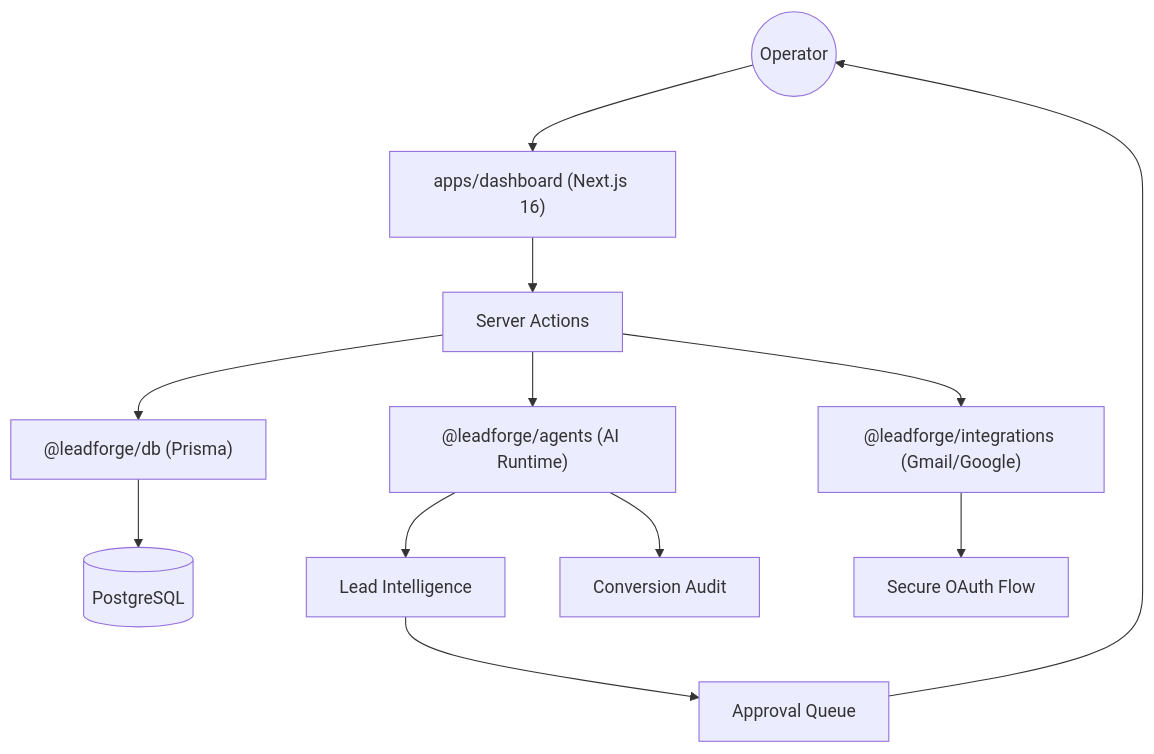
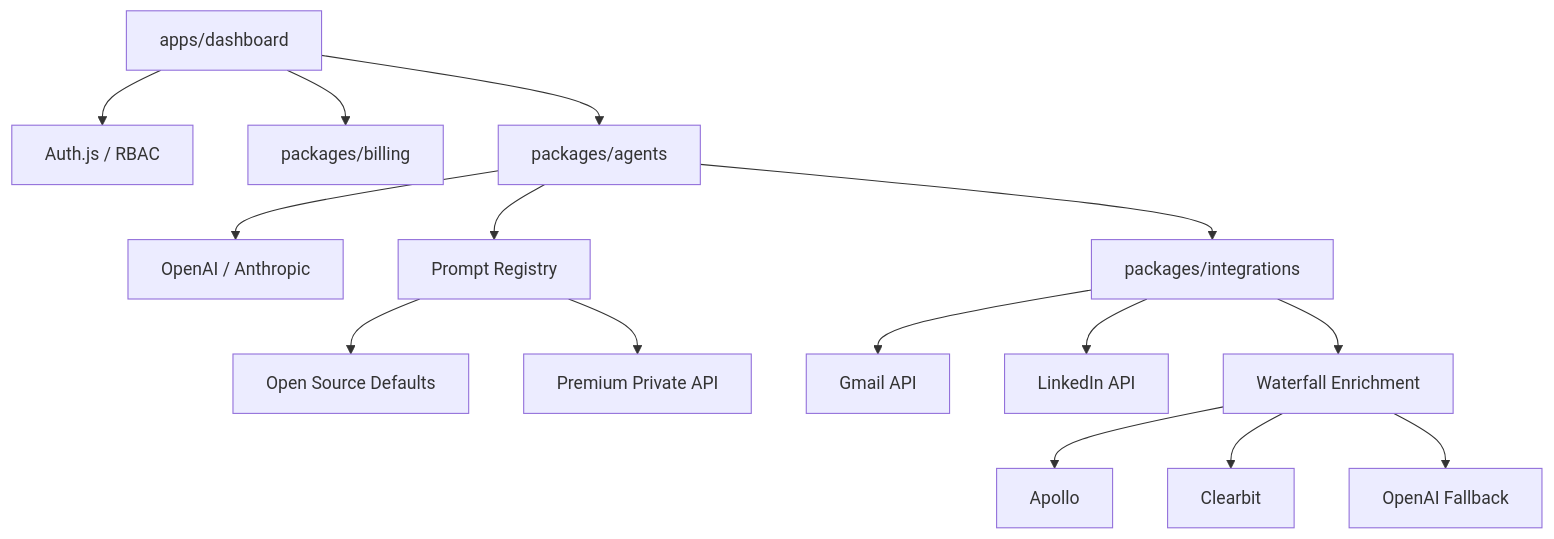
The first of 2 diagrams in README.md (karandangi123/leadforge-ai), drawn with Mermaid before and after one commit. The commit also changed other lines of this file and 11 other files, not shown here.

````diff
--- a/README.md
+++ b/README.md
@@ -31,14 +11,22 @@
 ```mermaid
 graph TD
-    Operator((Operator)) --> Dashboard["apps/dashboard (Next.js 16)"]
-    Dashboard --> Actions[Server Actions]
-    Actions --> DB["@leadforge/db (Prisma)"]
-    Actions --> Agents["@leadforge/agents (AI Runtime)"]
-    Actions --> Integrations["@leadforge/integrations (Gmail/Google)"]
-    DB --> Postgres[(PostgreSQL)]
-    Agents --> Research[Lead Intelligence]
-    Agents --> Audit[Conversion Audit]
-    Integrations --> Google[Secure OAuth Flow]
-    Research --> Queue[Approval Queue]
-    Queue --> Operator
+    UI[apps/dashboard] --> Auth[Auth.js / RBAC]
+    UI --> Billing[packages/billing]
+    UI --> Agents[packages/agents]
+    
+    Agents --> LLM[OpenAI / Anthropic]
+    Agents --> Registry[Prompt Registry]
+    
+    Registry --> Public[Open Source Defaults]
+    Registry --> Private[Premium Private API]
+    
+    Agents --> Integrations[packages/integrations]
+    
+    Integrations --> Gmail[Gmail API]
+    Integrations --> LinkedIn[LinkedIn API]
+    Integrations --> Enrichment[Waterfall Enrichment]
+    
+    Enrichment --> Apollo[Apollo]
+    Enrichment --> Clearbit[Clearbit]
+    Enrichment --> AI[OpenAI Fallback]
 ```
````
